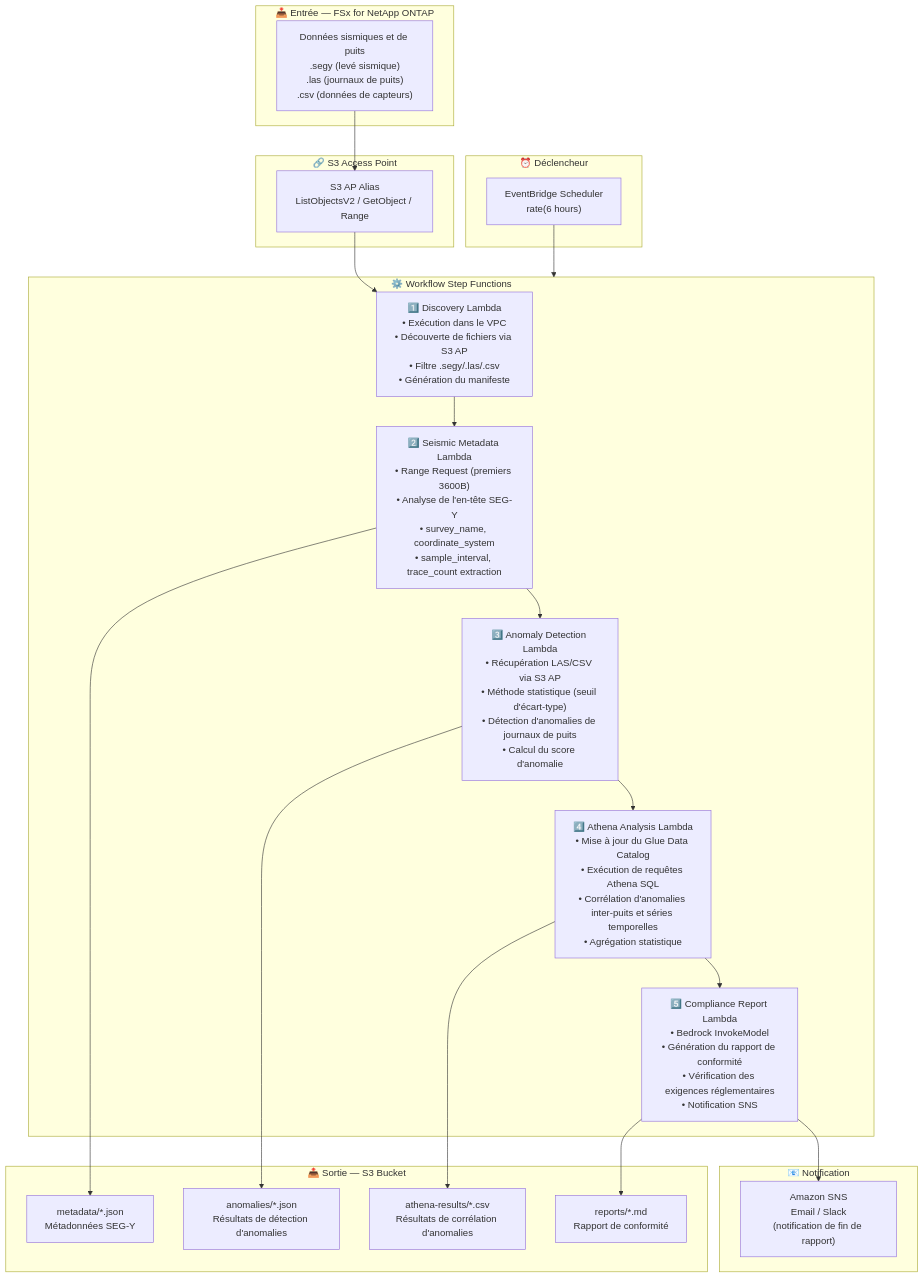
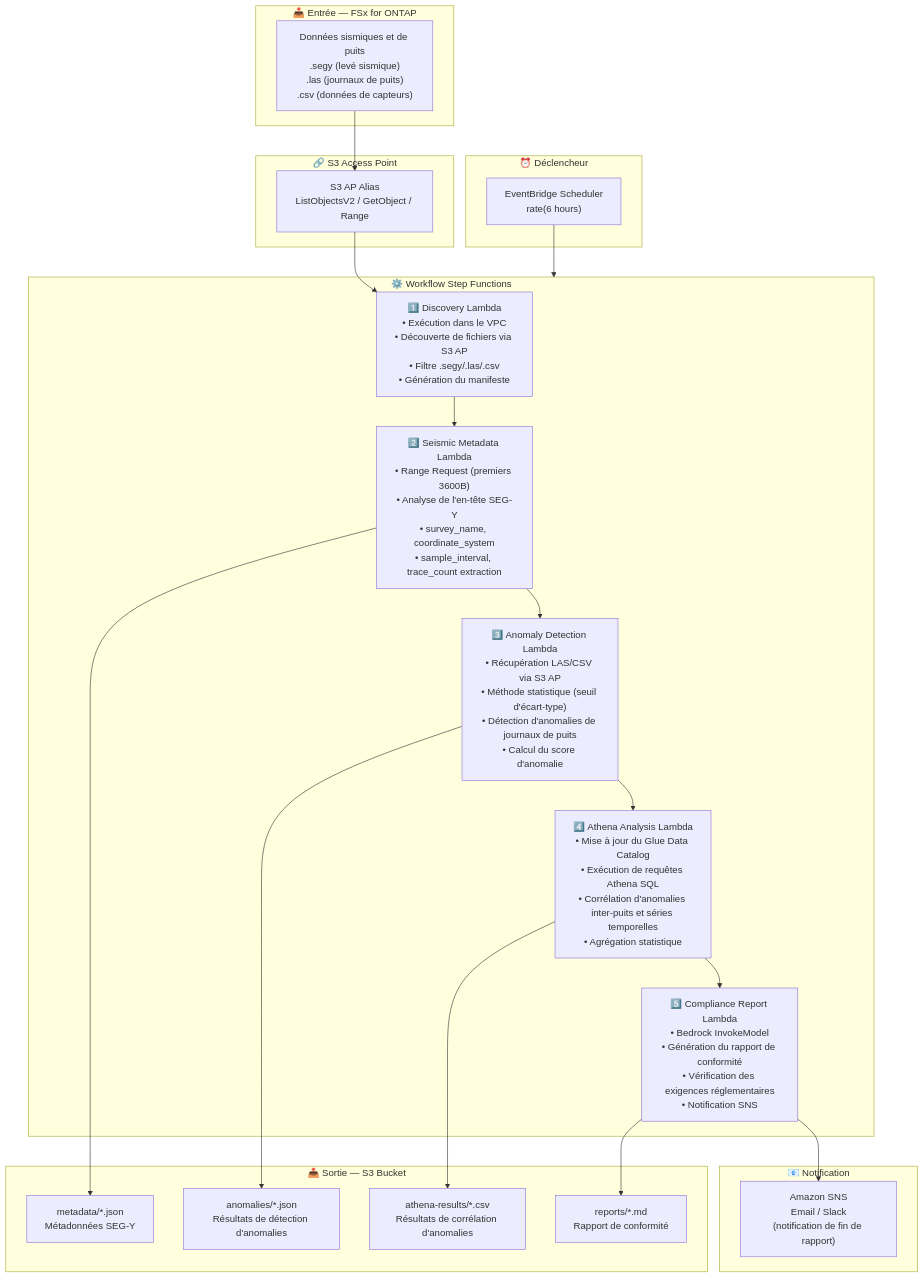
The diagram in energy-seismic/docs/architecture.fr.md (Yoshiki0705/FSx-for-ONTAP-S3AccessPoints-Serverless-Patterns), drawn with Mermaid before and after one commit. The commit also changed other lines of this file and 597 other files, not shown here.

````diff
--- a/energy-seismic/docs/architecture.fr.md
+++ b/energy-seismic/docs/architecture.fr.md
@@ -11,46 +11,46 @@
 ```mermaid
 flowchart TB
-    subgraph INPUT["📥 Entrée — FSx for NetApp ONTAP"]
+    subgraph INPUT["📥 Entrée — FSx for ONTAP"]
         DATA["Données sismiques et de puits<br/>.segy (levé sismique)<br/>.las (journaux de puits)<br/>.csv (données de capteurs)"]
     end
 
     subgraph S3AP["🔗 S3 Access Point"]
         ALIAS["S3 AP Alias<br/>ListObjectsV2 / GetObject / Range"]
     end
 
     subgraph TRIGGER["⏰ Déclencheur"]
         EB["EventBridge Scheduler<br/>rate(6 hours)"]
     end
 
     subgraph SFN["⚙️ Workflow Step Functions"]
         DISC["1️⃣ Discovery Lambda<br/>• Exécution dans le VPC<br/>• Découverte de fichiers via S3 AP<br/>• Filtre .segy/.las/.csv<br/>• Génération du manifeste"]
         SM["2️⃣ Seismic Metadata Lambda<br/>• Range Request (premiers 3600B)<br/>• Analyse de l'en-tête SEG-Y<br/>• survey_name, coordinate_system<br/>• sample_interval, trace_count extraction"]
         AD["3️⃣ Anomaly Detection Lambda<br/>• Récupération LAS/CSV via S3 AP<br/>• Méthode statistique (seuil d'écart-type)<br/>• Détection d'anomalies de journaux de puits<br/>• Calcul du score d'anomalie"]
         ATH["4️⃣ Athena Analysis Lambda<br/>• Mise à jour du Glue Data Catalog<br/>• Exécution de requêtes Athena SQL<br/>• Corrélation d'anomalies inter-puits et séries temporelles<br/>• Agrégation statistique"]
         CR["5️⃣ Compliance Report Lambda<br/>• Bedrock InvokeModel<br/>• Génération du rapport de conformité<br/>• Vérification des exigences réglementaires<br/>• Notification SNS"]
     end
 
     subgraph OUTPUT["📤 Sortie — S3 Bucket"]
         META["metadata/*.json<br/>Métadonnées SEG-Y"]
         ANOM["anomalies/*.json<br/>Résultats de détection d'anomalies"]
         ATHOUT["athena-results/*.csv<br/>Résultats de corrélation d'anomalies"]
         REPORT["reports/*.md<br/>Rapport de conformité"]
     end
 
     subgraph NOTIFY["📧 Notification"]
         SNS["Amazon SNS<br/>Email / Slack<br/>(notification de fin de rapport)"]
     end
 
     DATA --> ALIAS
     ALIAS --> DISC
     EB --> SFN
     DISC --> SM
     SM --> AD
     AD --> ATH
     ATH --> CR
     SM --> META
     AD --> ANOM
     ATH --> ATHOUT
     CR --> REPORT
     CR --> SNS
 ```
````
